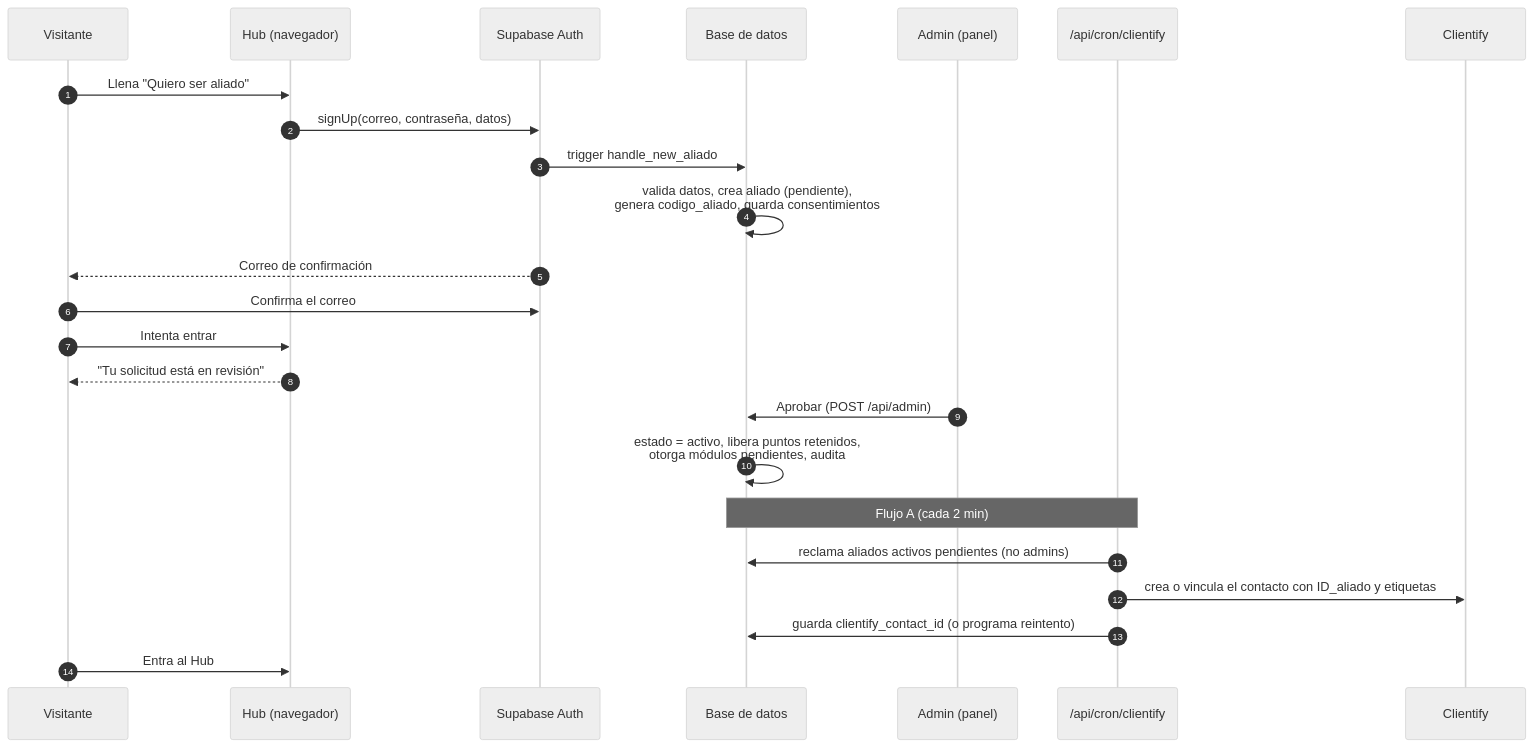
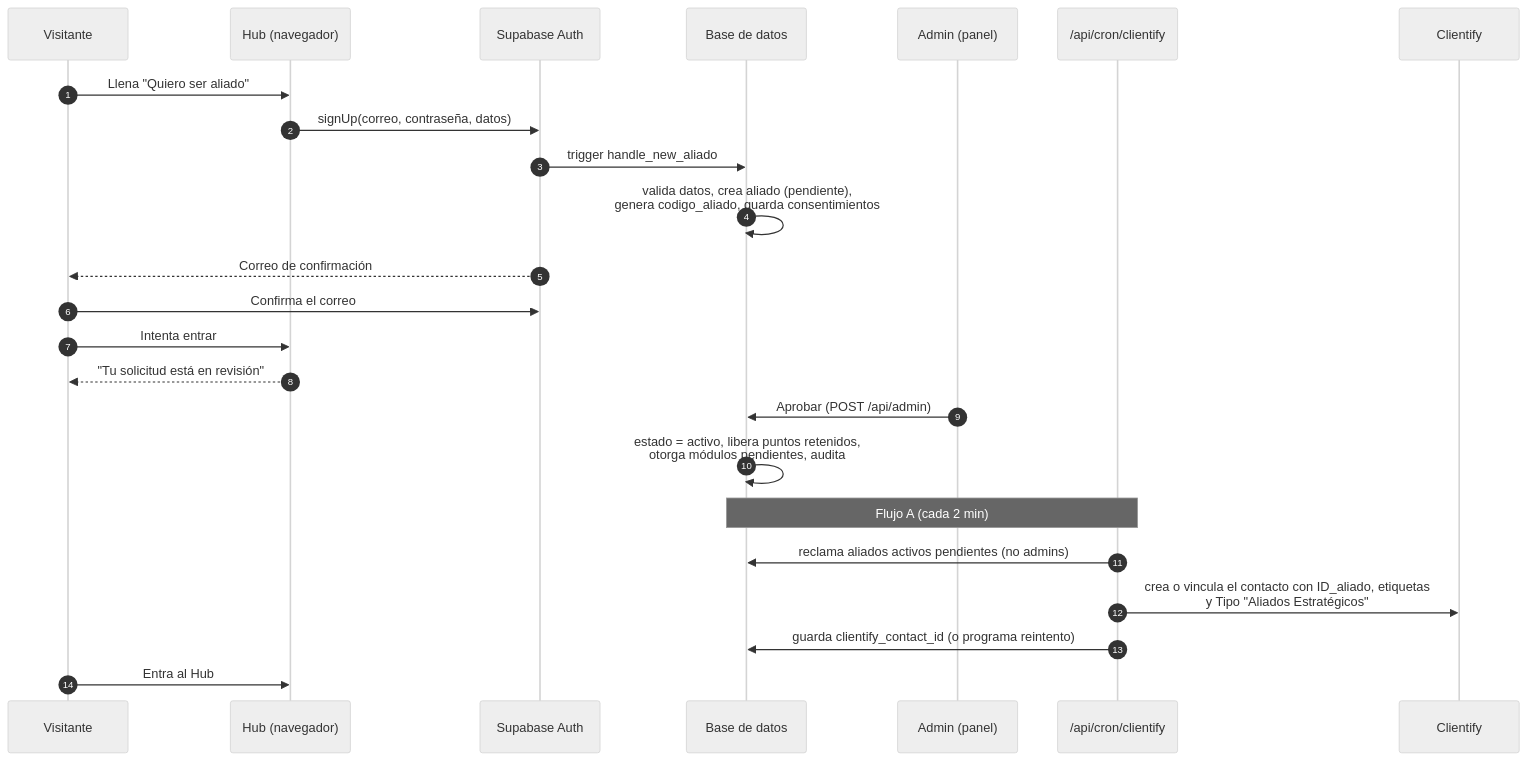
The second of 9 diagrams in docs/GUIA_HUB.md (jmanurodri04-glitch/Aliados-del-sol-hub), drawn with Mermaid (neutral theme) before and after one commit. The commit also changed other lines of this file and 5 other files, not shown here.

First line of the commit message:
Flujo A: los aliados llegan a Clientify con Tipo "Aliados Estratégicos"

````diff
--- a/docs/GUIA_HUB.md
+++ b/docs/GUIA_HUB.md
@@ -230,26 +230,26 @@
 ```mermaid
 sequenceDiagram
   autonumber
   participant V as Visitante
   participant H as Hub (navegador)
   participant AU as Supabase Auth
   participant DB as Base de datos
   participant AD as Admin (panel)
   participant F as /api/cron/clientify
   participant CL as Clientify
   V->>H: Llena "Quiero ser aliado"
   H->>AU: signUp(correo, contraseña, datos)
   AU->>DB: trigger handle_new_aliado
   DB->>DB: valida datos, crea aliado (pendiente),<br/>genera codigo_aliado, guarda consentimientos
   AU-->>V: Correo de confirmación
   V->>AU: Confirma el correo
   V->>H: Intenta entrar
   H-->>V: "Tu solicitud está en revisión"
   AD->>DB: Aprobar (POST /api/admin)
   DB->>DB: estado = activo, libera puntos retenidos,<br/>otorga módulos pendientes, audita
   Note over DB,F: Flujo A (cada 2 min)
   F->>DB: reclama aliados activos pendientes (no admins)
-  F->>CL: crea o vincula el contacto con ID_aliado y etiquetas
+  F->>CL: crea o vincula el contacto con ID_aliado, etiquetas<br/>y Tipo "Aliados Estratégicos"
   F->>DB: guarda clientify_contact_id (o programa reintento)
   V->>H: Entra al Hub
 ```
````
